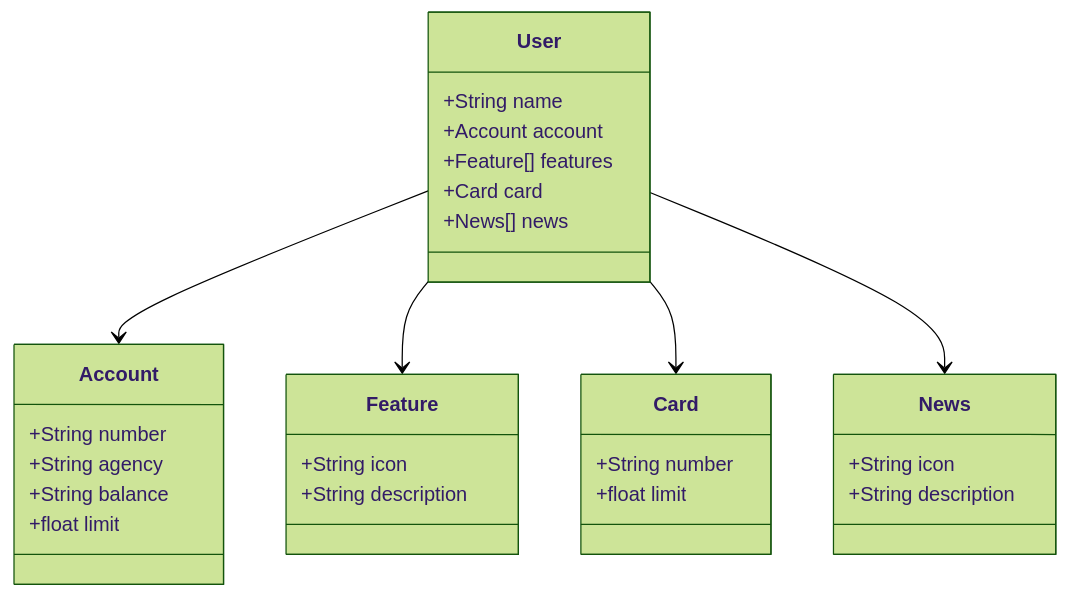
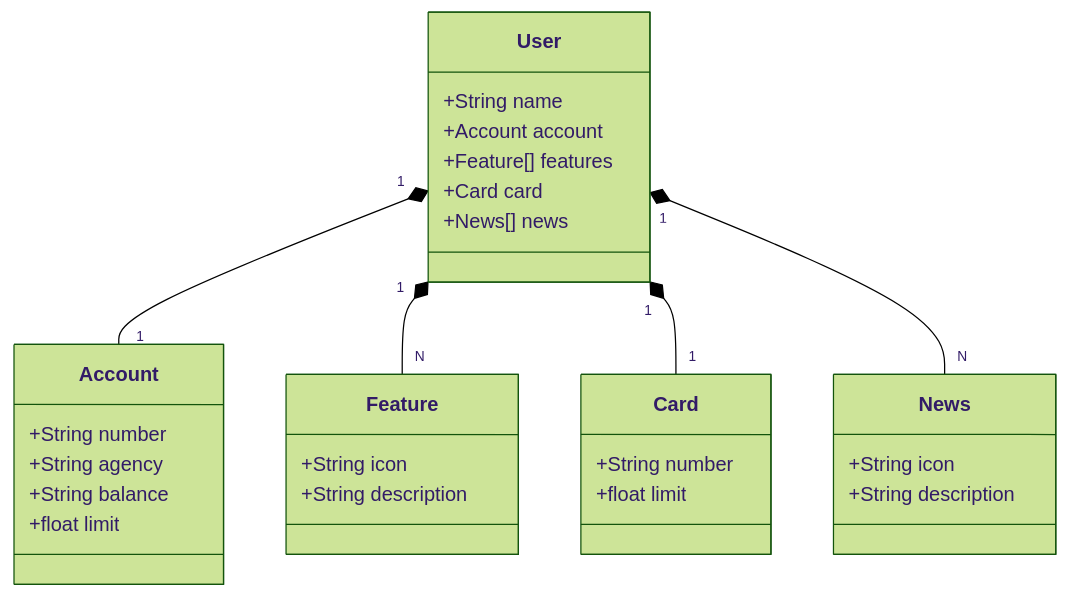
One commit to k-gaby-y/Santander-Dev-Week changed the diagram in README.md. Above: the diagram before and after it, drawn with Mermaid (forest theme).

````diff
--- a/README.md
+++ b/README.md
@@ -6,37 +6,37 @@
 ```mermaid
 classDiagram
     class User {
         +String name
         +Account account
         +Feature[] features
         +Card card
         +News[] news
     }
 
     class Account {
         +String number
         +String agency
         +String balance
         +float limit
     }
 
     class Feature {
         +String icon
         +String description
     }
 
     class Card {
         +String number
         +float limit
     }
 
     class News {
         +String icon
         +String description
     }
 
-    User --> Account
-    User --> Feature
-    User --> Card
-    User --> News
+    User "1" *-- "1" Account
+    User "1" *-- "N" Feature
+    User "1" *-- "1" Card
+    User "1" *-- "N" News
 ```
````
